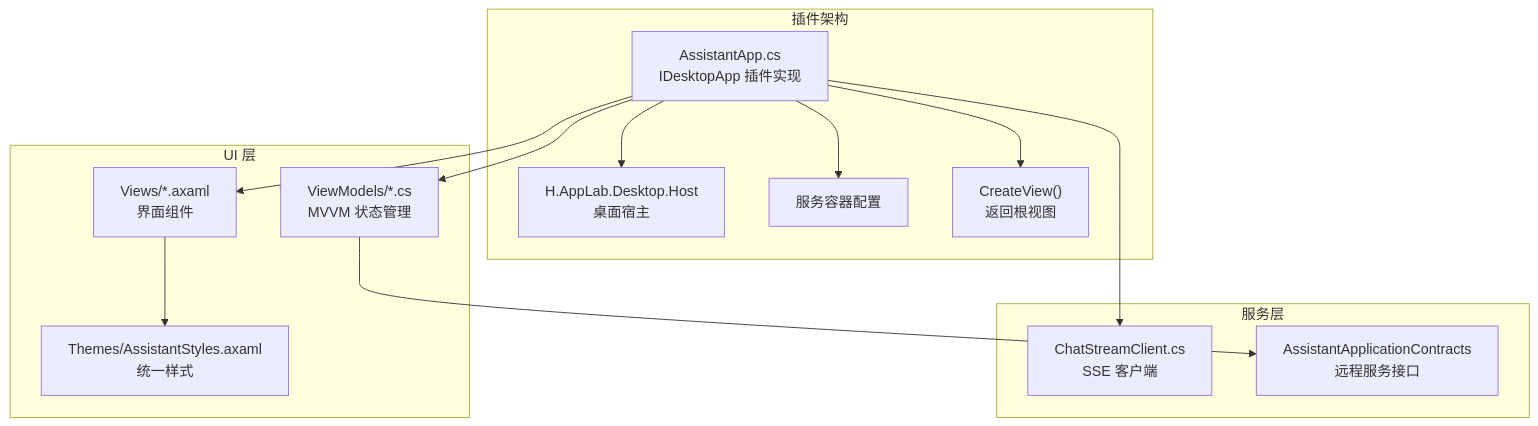
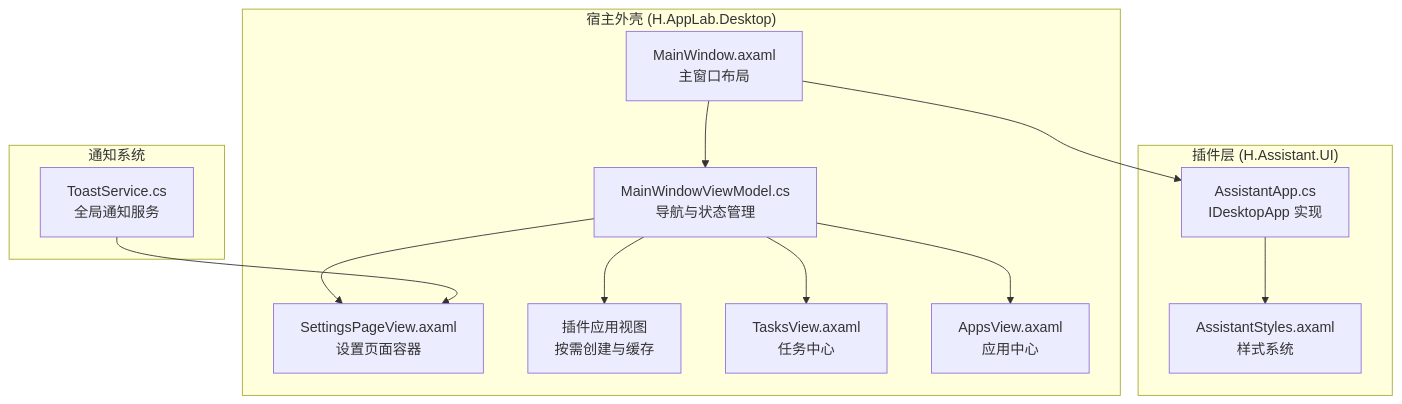
One commit to openlowcodelab/lowcode changed the first of 10 diagrams in .qoder/repowiki/zh/content/AI助手服务/桌面端应用/桌面端应用.md. Above: the diagram before and after it, drawn with Mermaid. The commit also changed other lines of this file and 118 other files, not shown here.

````diff
--- a/.qoder/repowiki/zh/content/AI助手服务/桌面端应用/桌面端应用.md
+++ b/.qoder/repowiki/zh/content/AI助手服务/桌面端应用/桌面端应用.md
@@ -51,22 +55,17 @@
 ```mermaid
 graph TB
-subgraph "插件架构"
-Plugin["AssistantApp.cs<br/>IDesktopApp 插件实现"] --> Host["H.AppLab.Desktop.Host<br/>桌面宿主"]
-Plugin --> Services["服务容器配置"]
-Plugin --> View["CreateView()<br/>返回根视图"]
+subgraph "宿主外壳 (H.AppLab.Desktop)"
+MainWindow["MainWindow.axaml<br/>主窗口布局"] --> MainWindowVM["MainWindowViewModel.cs<br/>导航与状态管理"]
+MainWindowVM --> SettingsPage["SettingsPageView.axaml<br/>设置页面容器"]
+MainWindowVM --> PluginApps["插件应用视图<br/>按需创建与缓存"]
+MainWindowVM --> TasksView["TasksView.axaml<br/>任务中心"]
+MainWindowVM --> AppsView["AppsView.axaml<br/>应用中心"]
 end
-subgraph "UI 层"
-ViewModels["ViewModels/*.cs<br/>MVVM 状态管理"]
-Views["Views/*.axaml<br/>界面组件"]
-Styles["Themes/AssistantStyles.axaml<br/>统一样式"]
+subgraph "通知系统"
+ToastService["ToastService.cs<br/>全局通知服务"] --> SettingsPage
 end
-subgraph "服务层"
-ChatStream["ChatStreamClient.cs<br/>SSE 客户端"]
-Contracts["AssistantApplicationContracts<br/>远程服务接口"]
+subgraph "插件层 (H.Assistant.UI)"
+Plugin["AssistantApp.cs<br/>IDesktopApp 实现"] --> Styles["AssistantStyles.axaml<br/>样式系统"]
 end
-Plugin --> ViewModels
-Plugin --> Views
-Plugin --> ChatStream
-Views --> Styles
-ViewModels --> Contracts
+MainWindow --> Plugin
 ```
````
